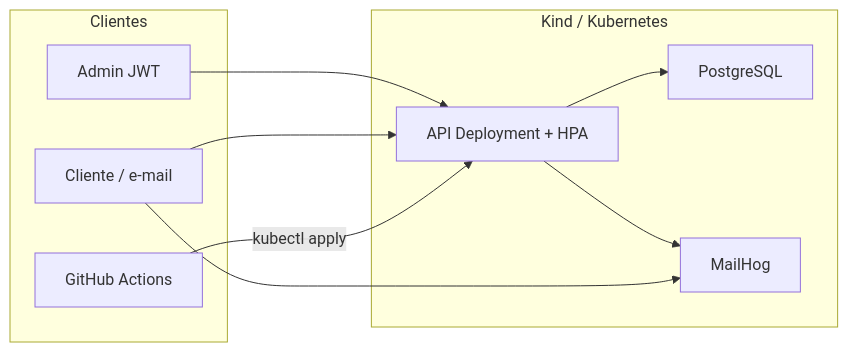
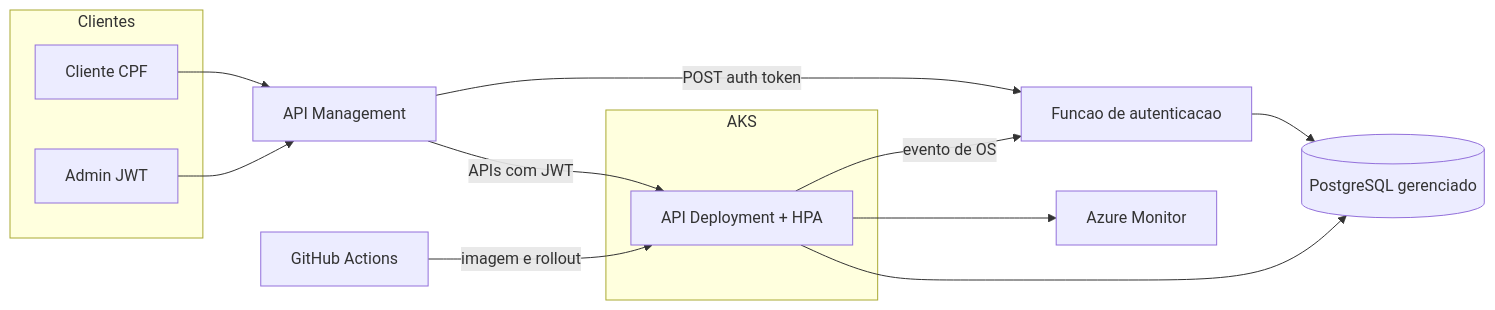
The diagram in README.md (PeddroWebber/WrenchBox), drawn with Mermaid before and after one commit. The commit also changed other lines of this file and 62 other files, not shown here.

````diff
--- a/README.md
+++ b/README.md
@@ -16,21 +16,26 @@
 ```mermaid
 flowchart LR
   subgraph clients [Clientes]
     Admin[Admin JWT]
-    Customer[Cliente / e-mail]
-    Pipeline[GitHub Actions]
+    Customer[Cliente CPF]
   end
 
-  subgraph cluster [Kind / Kubernetes]
-    Api[API Deployment + HPA]
-    Pg[PostgreSQL]
-    Mail[MailHog]
-    Api --> Pg
-    Api --> Mail
+  Gateway[API Management]
+  Func[Funcao de autenticacao]
+  subgraph aks [AKS]
+    Api["API Deployment + HPA"]
   end
+  Pg[(PostgreSQL gerenciado)]
+  Monitor[Azure Monitor]
+  Pipeline[GitHub Actions]
 
-  Admin --> Api
-  Customer --> Api
-  Customer --> Mail
-  Pipeline -->|kubectl apply| Api
+  Customer --> Gateway
+  Admin --> Gateway
+  Gateway -->|POST auth token| Func
+  Gateway -->|APIs com JWT| Api
+  Func --> Pg
+  Api --> Pg
+  Api -->|evento de OS| Func
+  Api --> Monitor
+  Pipeline -->|imagem e rollout| Api
 ```
````
